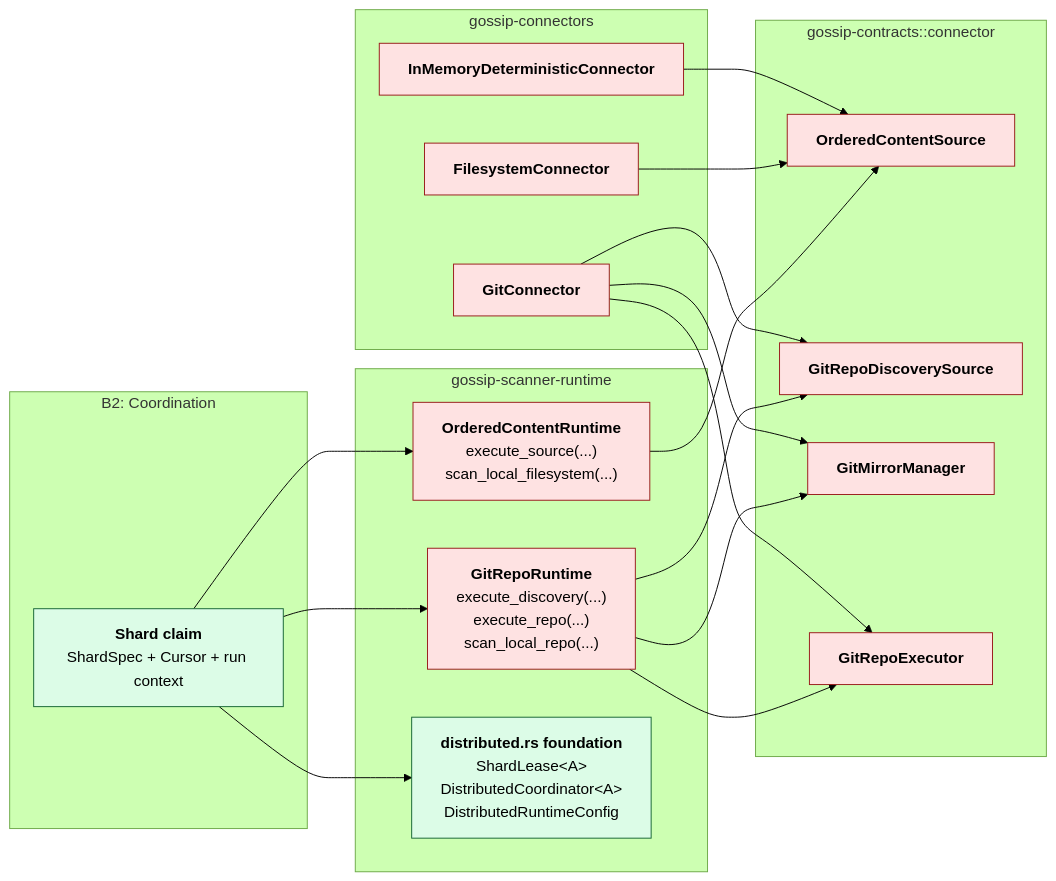
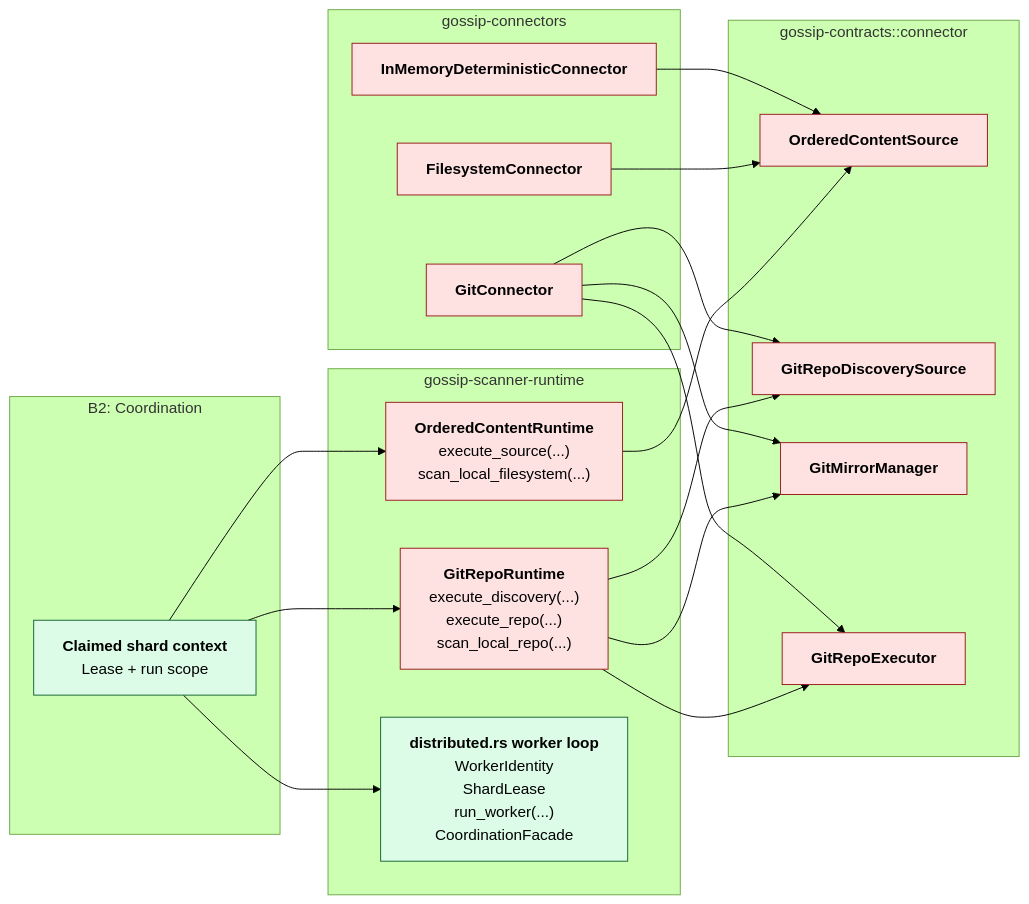
One commit to ahrav/Gossip-rs changed the third of 4 diagrams in diagrams/14-connector-architecture.md. Above: the diagram before and after it, drawn with Mermaid (forest theme). The commit also changed other lines of this file and 12 other files, not shown here.

````diff
--- a/diagrams/14-connector-architecture.md
+++ b/diagrams/14-connector-architecture.md
@@ -151,53 +152,53 @@
 ```mermaid
 %% Diagram: connector-runtime-family-bridge
 graph LR
     subgraph Coordination["B2: Coordination"]
-        CLAIM["<b>Shard claim</b><br/>ShardSpec + Cursor + run context"]
+        CLAIM["<b>Claimed shard context</b><br/>Lease + run scope"]
     end
 
     subgraph Runtime["gossip-scanner-runtime"]
         OCR["<b>OrderedContentRuntime</b><br/>execute_source(...)<br/>scan_local_filesystem(...)"]
         GRR["<b>GitRepoRuntime</b><br/>execute_discovery(...)<br/>execute_repo(...)<br/>scan_local_repo(...)"]
-        DRT["<b>distributed.rs foundation</b><br/>ShardLease&lt;A&gt;<br/>DistributedCoordinator&lt;A&gt;<br/>DistributedRuntimeConfig"]
+        DRT["<b>distributed.rs worker loop</b><br/>WorkerIdentity<br/>ShardLease<br/>run_worker(...)<br/>CoordinationFacade"]
     end
 
     subgraph Contracts["gossip-contracts::connector"]
         OCS["<b>OrderedContentSource</b>"]
         GDS["<b>GitRepoDiscoverySource</b>"]
         GMM["<b>GitMirrorManager</b>"]
         GRE["<b>GitRepoExecutor</b>"]
     end
 
     subgraph Sources["gossip-connectors"]
         FSC["<b>FilesystemConnector</b>"]
         GTC["<b>GitConnector</b>"]
         IMC["<b>InMemoryDeterministicConnector</b>"]
     end
 
     CLAIM --> OCR
     CLAIM --> GRR
     CLAIM --> DRT
 
     OCR --> OCS
     GRR --> GDS
     GRR --> GMM
     GRR --> GRE
 
     FSC --> OCS
     IMC --> OCS
     GTC --> GDS
     GTC --> GMM
     GTC --> GRE
 
     style CLAIM fill:#DCFCE7,stroke:#166534
     style OCR fill:#FEE2E2,stroke:#991B1B
     style GRR fill:#FEE2E2,stroke:#991B1B
     style DRT fill:#DCFCE7,stroke:#166534
     style OCS fill:#FEE2E2,stroke:#991B1B
     style GDS fill:#FEE2E2,stroke:#991B1B
     style GMM fill:#FEE2E2,stroke:#991B1B
     style GRE fill:#FEE2E2,stroke:#991B1B
     style FSC fill:#FEE2E2,stroke:#991B1B
     style GTC fill:#FEE2E2,stroke:#991B1B
     style IMC fill:#FEE2E2,stroke:#991B1B
 ```
````
